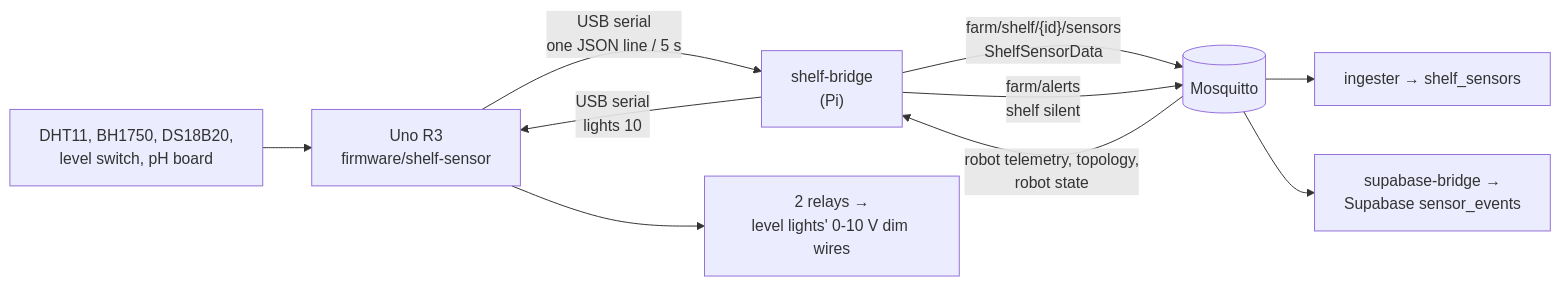
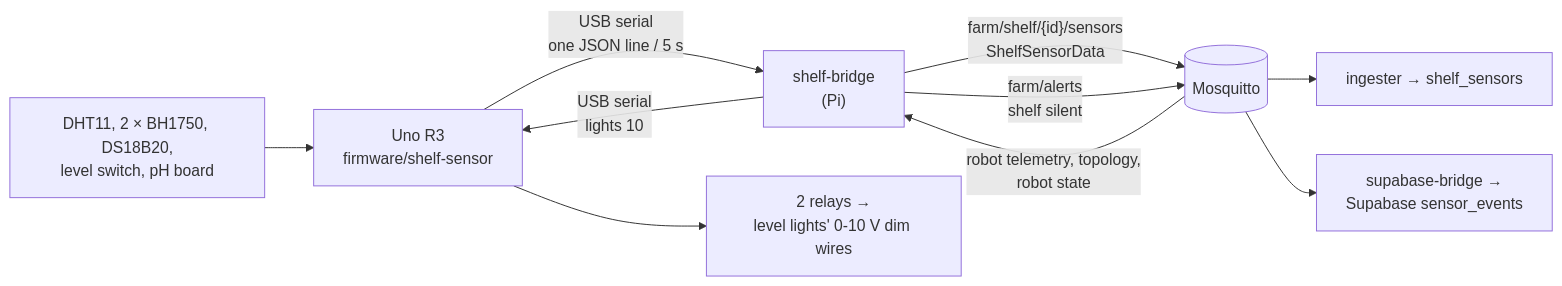
The diagram in docs/shelf-sensors.md (Ca1eb9/verdant-os), drawn with Mermaid before and after one commit. The commit also changed other lines of this file and 37 other files, not shown here.

````diff
--- a/docs/shelf-sensors.md
+++ b/docs/shelf-sensors.md
@@ -8,12 +8,12 @@
 ```mermaid
 flowchart LR
-    Sensors["DHT11, BH1750, DS18B20,<br/>level switch, pH board"] --> Uno["Uno R3<br/>firmware/shelf-sensor"]
+    Sensors["DHT11, 2 × BH1750, DS18B20,<br/>level switch, pH board"] --> Uno["Uno R3<br/>firmware/shelf-sensor"]
     Uno -- "USB serial<br/>one JSON line / 5 s" --> Bridge["shelf-bridge<br/>(Pi)"]
     Bridge -- "farm/shelf/{id}/sensors<br/>ShelfSensorData" --> Broker[(Mosquitto)]
     Bridge -- "farm/alerts<br/>shelf silent" --> Broker
     Broker --> Ingester["ingester → shelf_sensors"]
     Broker --> SupaBridge["supabase-bridge →<br/>Supabase sensor_events"]
     Broker -- "robot telemetry, topology,<br/>robot state" --> Bridge
     Bridge -- "USB serial<br/>lights 10" --> Uno
     Uno --> Relays["2 relays →<br/>level lights' 0-10 V dim wires"]
 ```
````
